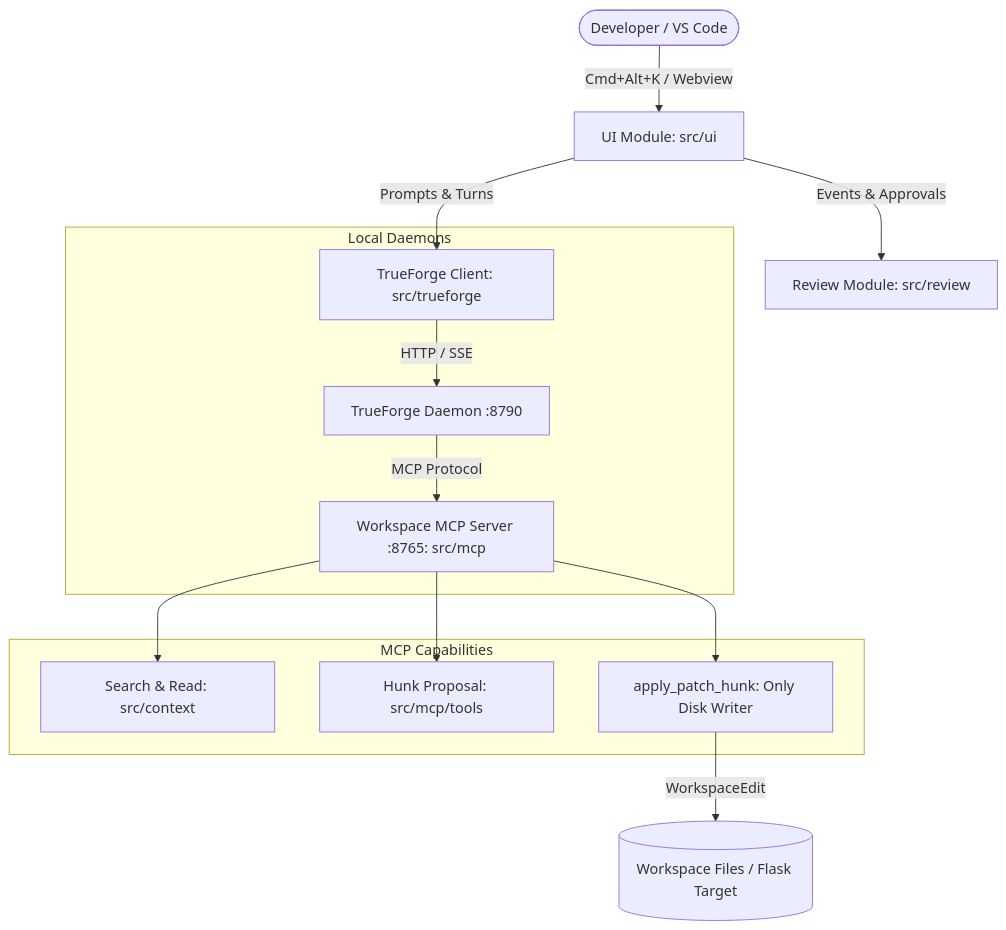
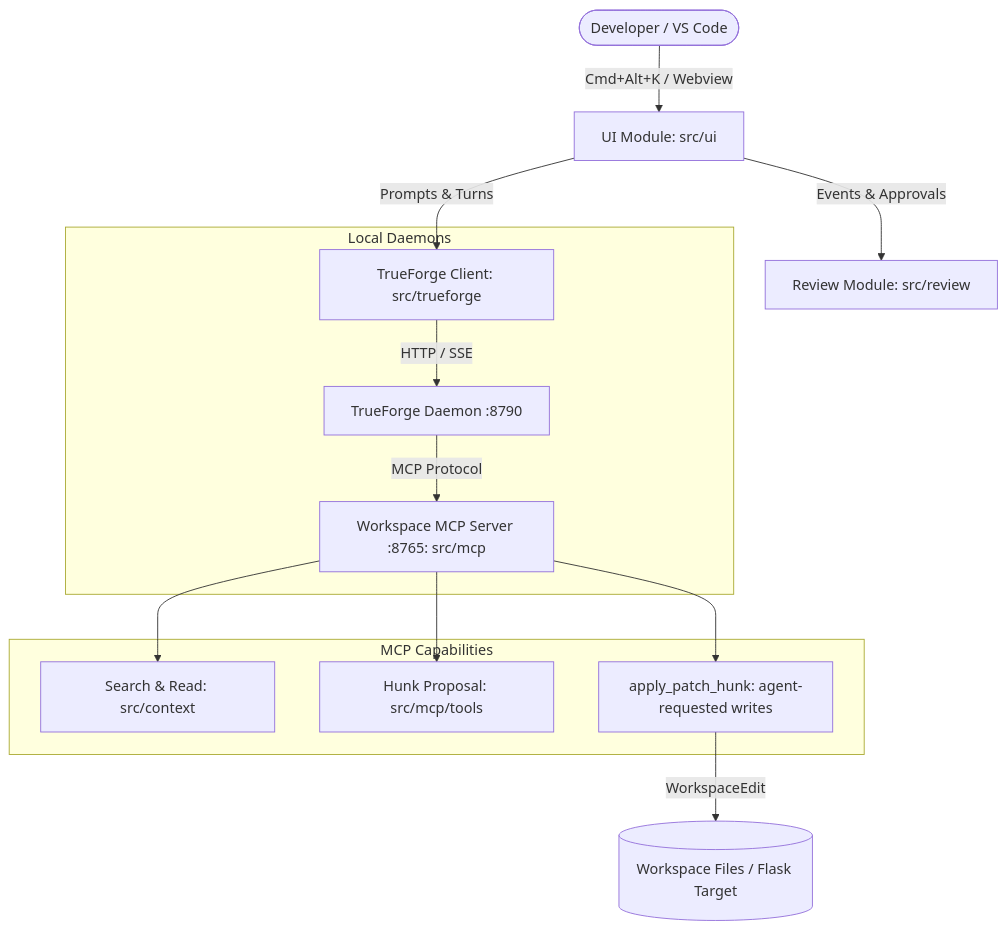
Before and after one commit to AbhishekGupta0164/Truefoundry-IITB-Forge-a-thon: the diagram in docs/architecture.md, drawn with Mermaid. The commit also changed other lines of this file and 50 other files, not shown here.

````diff
--- a/docs/architecture.md
+++ b/docs/architecture.md
@@ -3,19 +3,19 @@
 ```mermaid
 flowchart TD
     User([Developer / VS Code]) -->|Cmd+Alt+K / Webview| UI[UI Module: src/ui]
     UI -->|Events & Approvals| Review[Review Module: src/review]
     UI -->|Prompts & Turns| TF[TrueForge Client: src/trueforge]
 
     subgraph Backend [Local Daemons]
         TF -->|HTTP / SSE| Daemon[TrueForge Daemon :8790]
         Daemon -->|MCP Protocol| MCP[Workspace MCP Server :8765: src/mcp]
     end
 
     subgraph Tools [MCP Capabilities]
         MCP --> Search[Search & Read: src/context]
         MCP --> Patch[Hunk Proposal: src/mcp/tools]
-        MCP --> Apply[apply_patch_hunk: Only Disk Writer]
+        MCP --> Apply[apply_patch_hunk: agent-requested writes]
     end
 
     Apply -->|WorkspaceEdit| Workspace[(Workspace Files / Flask Target)]
 ```
````
